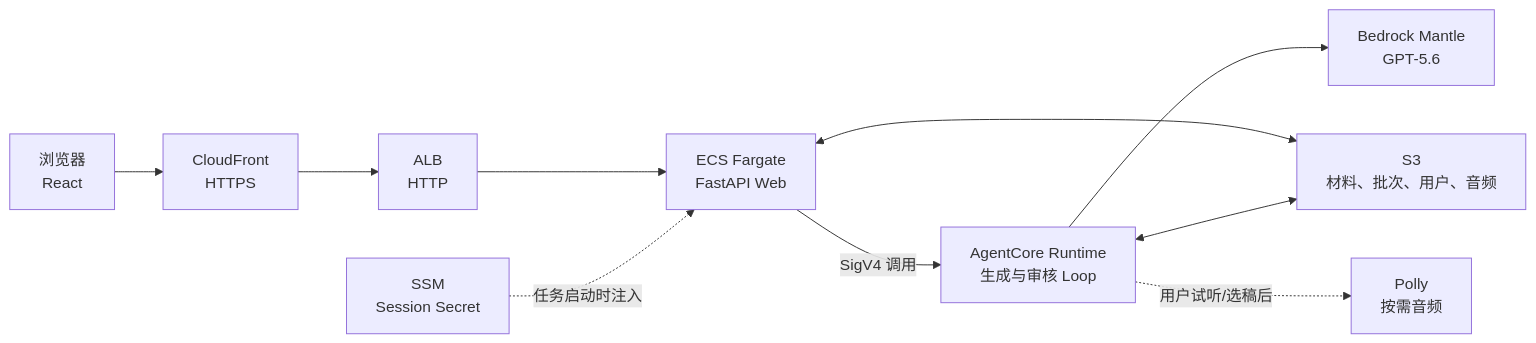
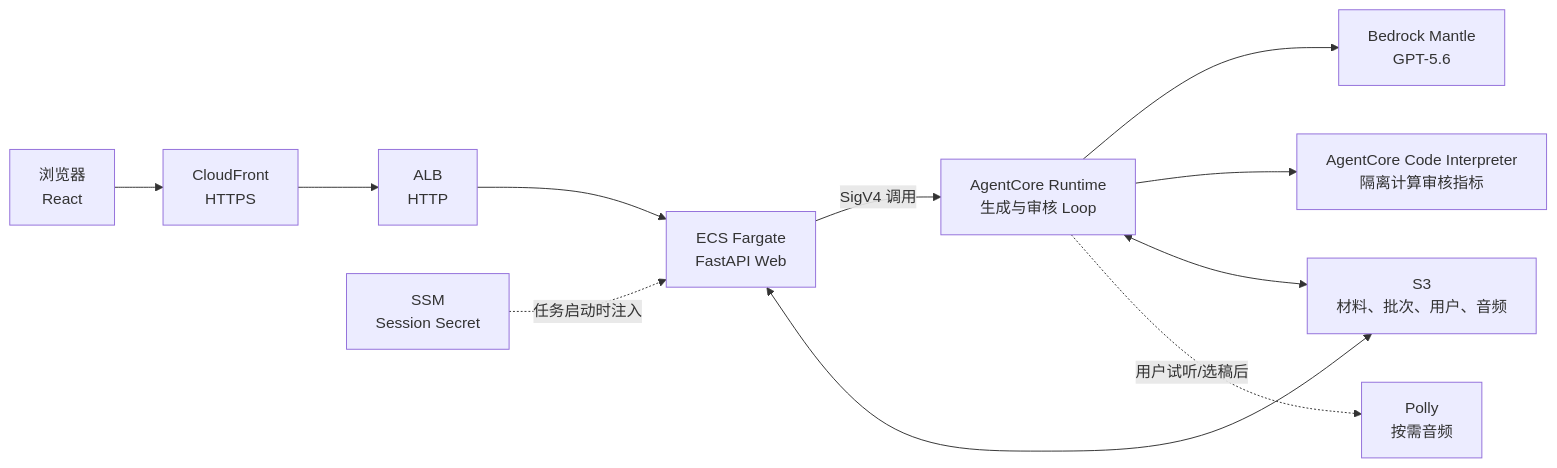
One commit to wanglingxiao123/ielts-part1-generator changed the first of 2 diagrams in README.md. Above: the diagram before and after it, drawn with Mermaid. The commit also changed other lines of this file, not shown here.

Commit message:
docs: update architecture and agent workflow

````diff
--- a/README.md
+++ b/README.md
@@ -103,20 +106,22 @@
 ```mermaid
 flowchart LR
     U["浏览器<br/>React"]
     CF["CloudFront<br/>HTTPS"]
     ALB["ALB<br/>HTTP"]
     WEB["ECS Fargate<br/>FastAPI Web"]
     RT["AgentCore Runtime<br/>生成与审核 Loop"]
+    CI["AgentCore Code Interpreter<br/>隔离计算审核指标"]
     MODEL["Bedrock Mantle<br/>GPT-5.6"]
     S3["S3<br/>材料、批次、用户、音频"]
     SSM["SSM<br/>Session Secret"]
     POLLY["Polly<br/>按需音频"]
 
     U --> CF --> ALB --> WEB
     WEB -->|"SigV4 调用"| RT
     WEB <--> S3
     SSM -. "任务启动时注入" .-> WEB
     RT --> MODEL
+    RT --> CI
     RT <--> S3
     RT -. "用户试听/选稿后" .-> POLLY
 ```
````
